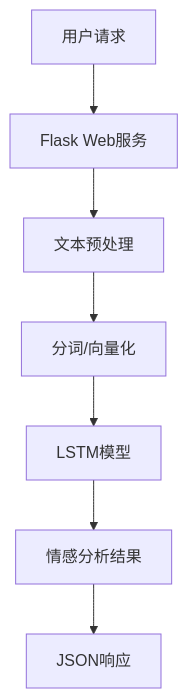
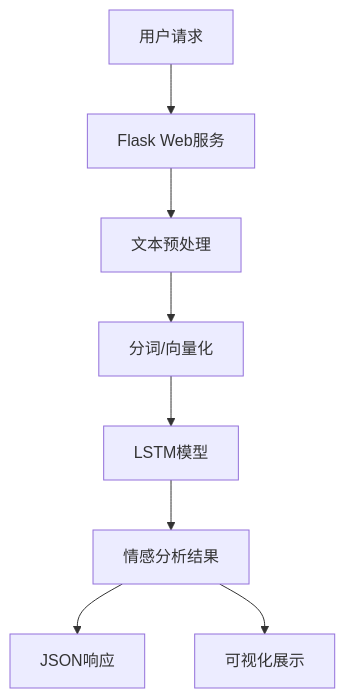
One commit to HeadmasterEggy/shebi changed the diagram in README.md. Above: the diagram before and after it, drawn with Mermaid. The commit also changed other lines of this file and 1 other file, not shown here.

Commit message:
加入散点图

````diff
--- a/README.md
+++ b/README.md
@@ -26,9 +28,10 @@
 ```mermaid
 graph TD
     A[用户请求] --> B[Flask Web服务]
     B --> C[文本预处理]
     C --> D[分词/向量化]
     D --> E[LSTM模型]
     E --> F[情感分析结果]
     F --> G[JSON响应]
+    F --> H[可视化展示]
 ```
````
